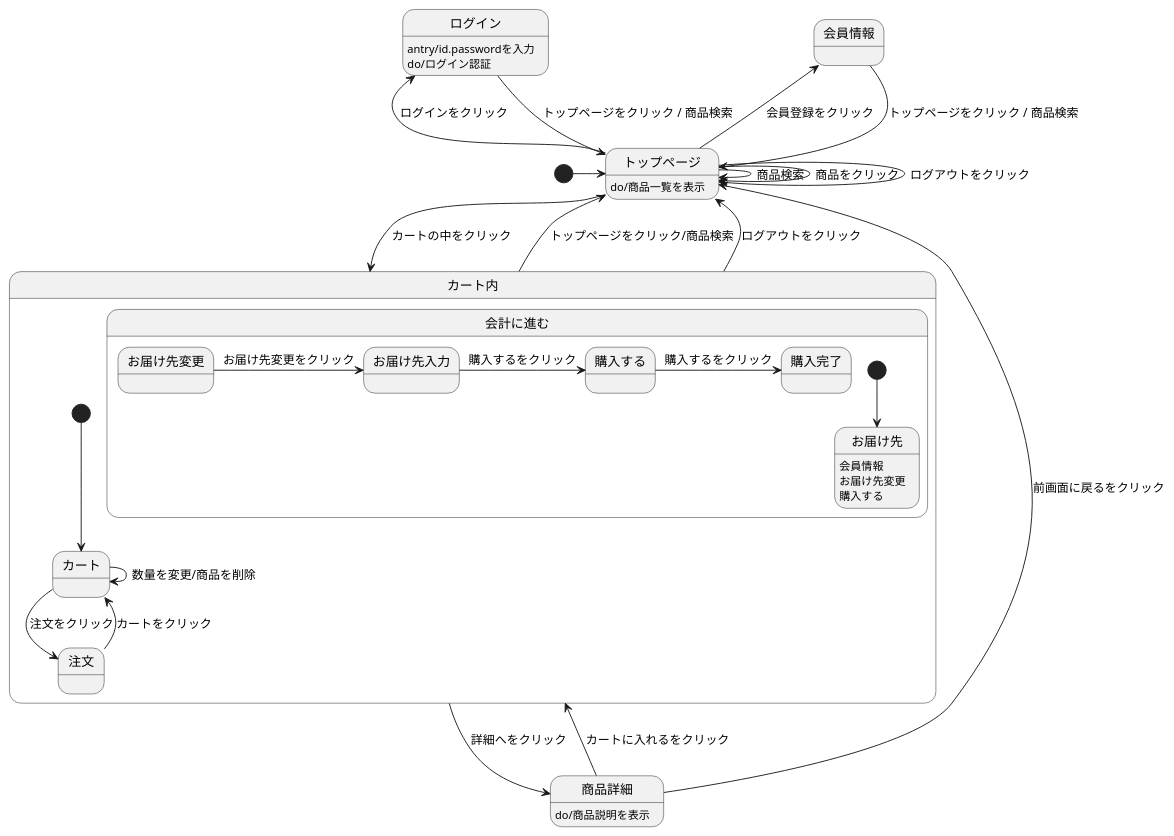
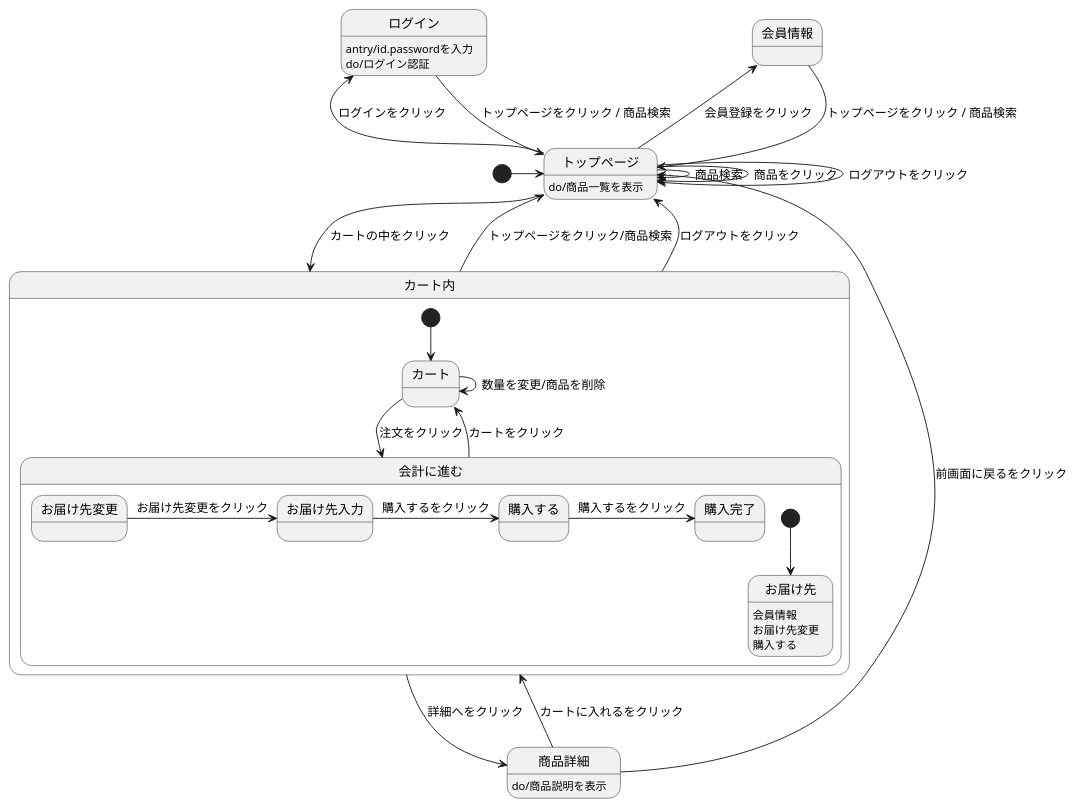
One commit to ryoma421/2021sys-desibn changed the diagram in yakitoristm.md. Above: the diagram before and after it, drawn with PlantUML.

````diff
--- a/yakitoristm.md
+++ b/yakitoristm.md
@@ -4,44 +4,44 @@
 ```uml
 @startuml
 [*] -> トップページ
 会員情報 --> トップページ : トップページをクリック / 商品検索
 ログイン --> トップページ : トップページをクリック / 商品検索
 ログイン : antry/id.passwordを入力
 ログイン : do/ログイン認証
 トップページ --> トップページ : ログアウトをクリック
 トップページ -> トップページ : 商品検索
 トップページ -> トップページ : 商品をクリック
 トップページ -left-> 会員情報 : 会員登録をクリック
 トップページ -left-> ログイン : ログインをクリック
 トップページ -> カート内 : カートの中をクリック
 トップページ : do/商品一覧を表示
 商品詳細 --> カート内 : カートに入れるをクリック
 商品詳細 --> トップページ : 前画面に戻るをクリック
 商品詳細 : do/商品説明を表示
 カート内 -up-> トップページ : トップページをクリック/商品検索
 カート内 -up-> トップページ : ログアウトをクリック
 カート内 -> 商品詳細 : 詳細へをクリック
 
 
 
 state カート内 {
 [*] --> カート
-カート -> 注文 : 注文をクリック
+カート -> 会計に進む : 注文をクリック
 カート -> カート : 数量を変更/商品を削除
-注文 --> カート : カートをクリック
+会計に進む --> カート : カートをクリック
 
 state 会計に進む {
 [*] --> お届け先
 お届け先 : 会員情報
 お届け先 : お届け先変更
 お届け先 : 購入する
 
 お届け先変更 -> お届け先入力 : お届け先変更をクリック
 
 お届け先入力 -> 購入する : 購入するをクリック
 購入する -> 購入完了 : 購入するをクリック
 
  }
 }
 @enduml
 ```
````
